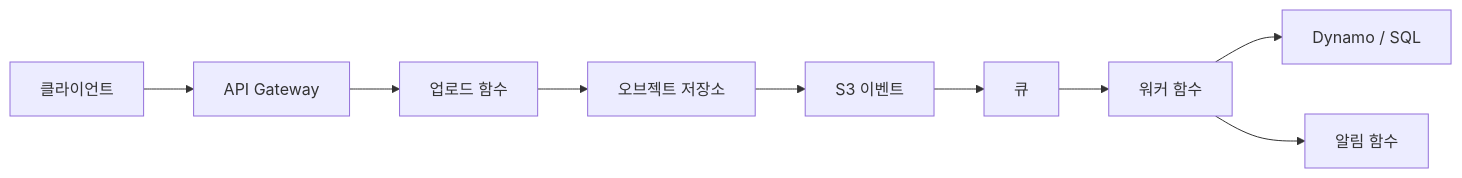
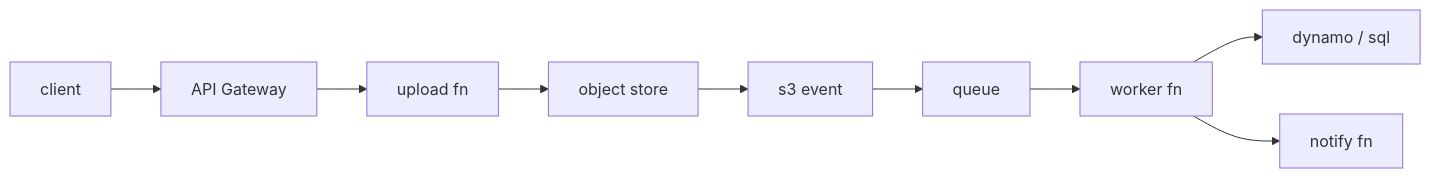
The diagram in content/serverless-101/ko/10-serverless-app-design.md (yeongseon-books/book-content), drawn with Mermaid before and after one commit. The commit also changed other lines of this file and 9 other files, not shown here.

````diff
--- a/content/serverless-101/ko/10-serverless-app-design.md
+++ b/content/serverless-101/ko/10-serverless-app-design.md
@@ -55,11 +46,11 @@
 ```mermaid
 flowchart LR
-    Client["클라이언트"] --> API["API Gateway"]
-    API --> Upload["업로드 함수"]
-    Upload --> S3["오브젝트 저장소"]
-    S3 --> Trigger["S3 이벤트"]
-    Trigger --> Queue["큐"]
-    Queue --> Worker["워커 함수"]
-    Worker --> DB["Dynamo / SQL"]
-    Worker --> Notify["알림 함수"]
+    Client["client"] --> API["API Gateway"]
+    API --> Upload["upload fn"]
+    Upload --> S3["object store"]
+    S3 --> Trigger["s3 event"]
+    Trigger --> Queue["queue"]
+    Queue --> Worker["worker fn"]
+    Worker --> DB["dynamo / sql"]
+    Worker --> Notify["notify fn"]
 ```
````
